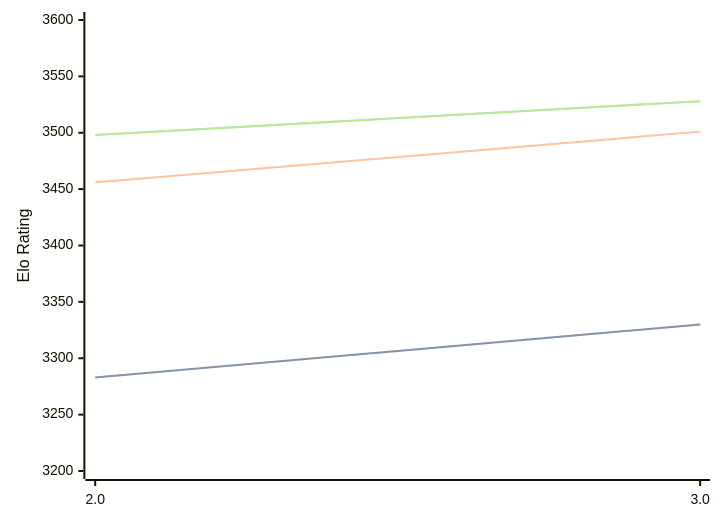
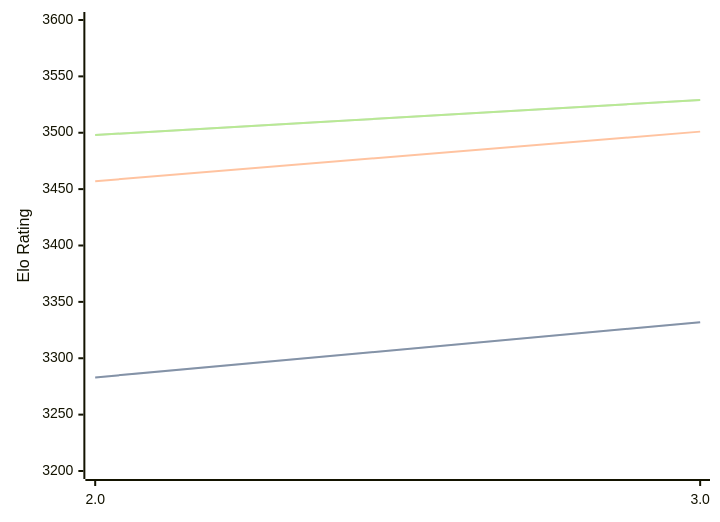
Before and after one commit to computer-chess-index/cci: the third of 3 diagrams in engines/Quanticade.md, drawn with Mermaid. The commit also changed other lines of this file, not shown here.

Commit message:
Update CCI Ratings (ELO VLTC) - 2026-06-24

````diff
--- a/engines/Quanticade.md
+++ b/engines/Quanticade.md
@@ -74,11 +74,11 @@
 ```mermaid
 %%{init: {"theme":"base","themeVariables":{"seriesColors:['#a3a3a3','#222221','#faa371']}}}%%
 xychart-beta
   x-axis ["2.0", "3.0"]
   y-axis "Elo Rating" 3200 --> 3600
-  line "STC (8.0+0.08s)" [3283, 3330]
-  line "STC (8.0+0.08s)" [3283, 3330]
-  line "LTC (60.0+0.60s)" [3456, 3501]
-  line "VLTC (2m24s+1.12s)" [3498, 3528]
-  line "VLTC (2m24s+1.12s)" [3498, 3528]
+  line "STC (8.0+0.08s)" [3283, 3332]
+  line "STC (8.0+0.08s)" [3283, 3332]
+  line "LTC (60.0+0.60s)" [3457, 3501]
+  line "VLTC (2m24s+1.12s)" [3498, 3529]
+  line "VLTC (2m24s+1.12s)" [3498, 3529]
 ```
````
